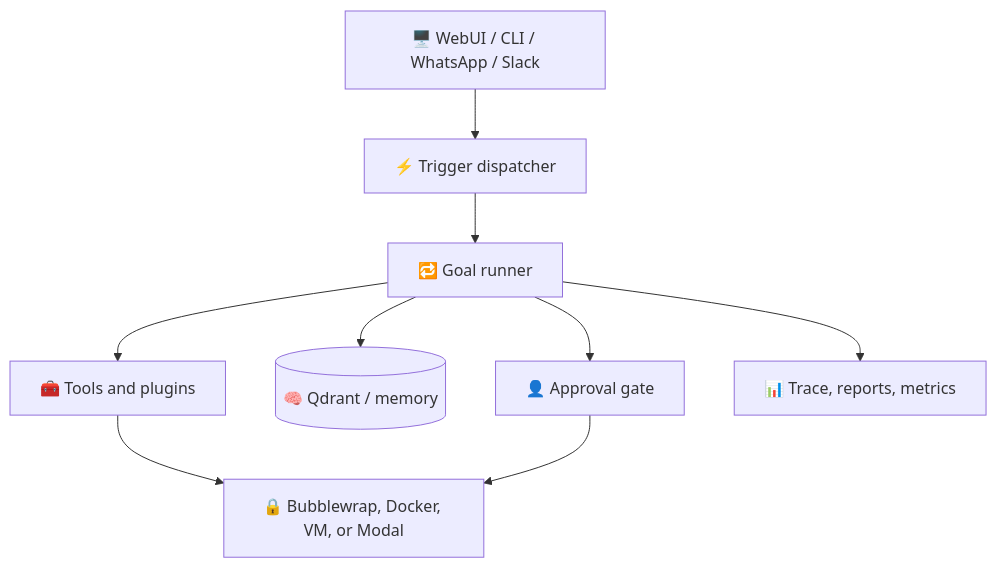
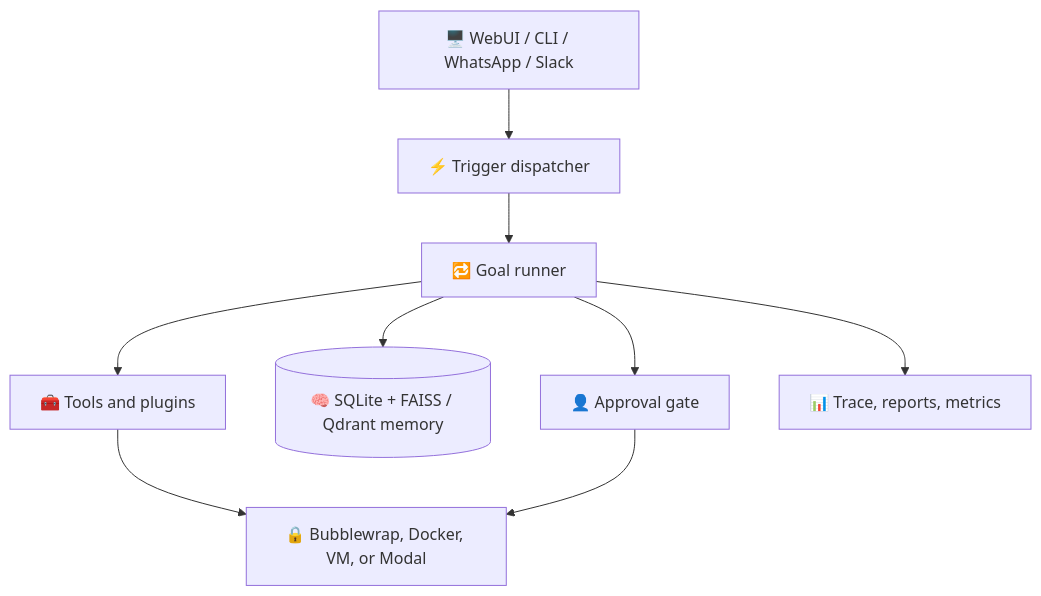
One commit to OppaAI/Aidon changed the second of 2 diagrams in docs/ARCHITECTURE.md. Above: the diagram before and after it, drawn with Mermaid. The commit also changed other lines of this file and 12 other files, not shown here.

Commit message:
Add SQLite FAISS memory backend with Qdrant fallback

````diff
--- a/docs/ARCHITECTURE.md
+++ b/docs/ARCHITECTURE.md
@@ -77,16 +77,16 @@
 ```mermaid
 flowchart TB
     UI[🖥️ WebUI / CLI / WhatsApp / Slack]
     T[⚡ Trigger dispatcher]
     LOOP[🔁 Goal runner]
     TOOLS[🧰 Tools and plugins]
     SANDBOX[🔒 Bubblewrap, Docker, VM, or Modal]
-    MEMORY[(🧠 Qdrant / memory)]
+    MEMORY[(🧠 SQLite + FAISS / Qdrant memory)]
     APPROVAL[👤 Approval gate]
     REPORT[📊 Trace, reports, metrics]
     UI --> T --> LOOP
     LOOP --> MEMORY
     LOOP --> TOOLS --> SANDBOX
     LOOP --> APPROVAL --> SANDBOX
     LOOP --> REPORT
 ```
````
